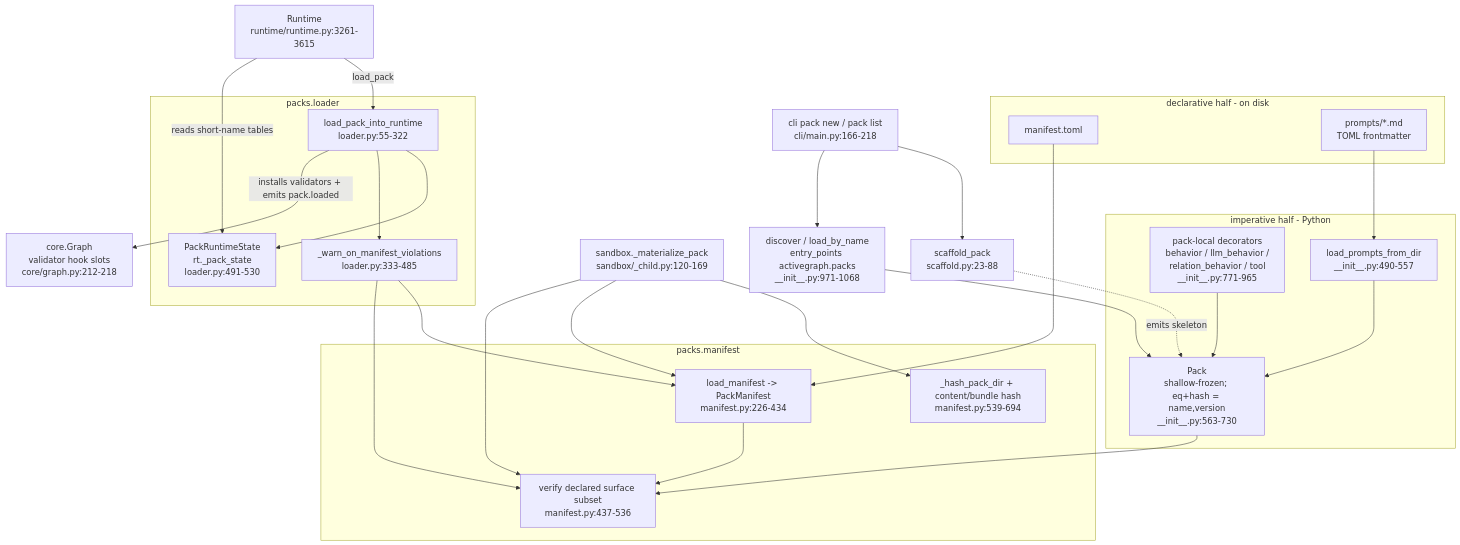
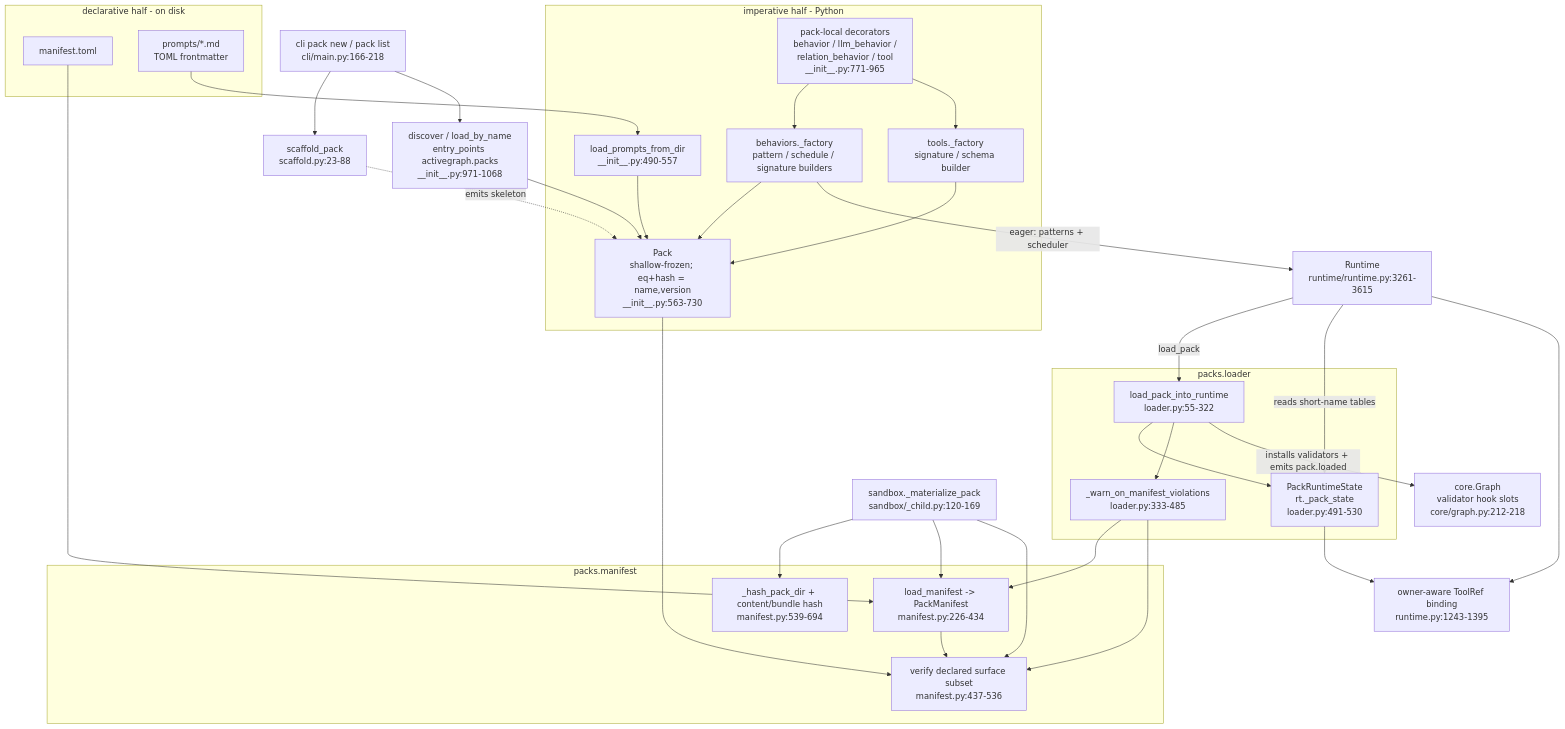
One commit to tha-hammer/silmari-activegraph changed the first of 2 diagrams in specs/07-packs.md. Above: the diagram before and after it, drawn with Mermaid. The commit also changed other lines of this file, not shown here.

Commit message:
docs(specs): reconcile pack extension boundaries

````diff
--- a/specs/07-packs.md
+++ b/specs/07-packs.md
@@ -22,56 +23,65 @@
 ```mermaid
 graph TD
     subgraph declarative["declarative half - on disk"]
         MT["manifest.toml"]
         PMD["prompts/*.md<br/>TOML frontmatter"]
     end
 
     subgraph imperative["imperative half - Python"]
         DEC["pack-local decorators<br/>behavior / llm_behavior /<br/>relation_behavior / tool<br/>__init__.py:771-965"]
+        BF["behaviors._factory<br/>pattern / schedule / signature builders"]
+        TF["tools._factory<br/>signature / schema builder"]
         LPD["load_prompts_from_dir<br/>__init__.py:490-557"]
         PACK["Pack<br/>shallow-frozen; eq+hash = name,version<br/>__init__.py:563-730"]
     end
 
     subgraph manifest_layer["packs.manifest"]
         LM["load_manifest -> PackManifest<br/>manifest.py:226-434"]
         VS["verify declared surface subset<br/>manifest.py:437-536"]
         HASH["_hash_pack_dir + content/bundle hash<br/>manifest.py:539-694"]
     end
 
     subgraph loader_layer["packs.loader"]
         LPIR["load_pack_into_runtime<br/>loader.py:55-322"]
         PRS["PackRuntimeState<br/>rt._pack_state<br/>loader.py:491-530"]
         WARN["_warn_on_manifest_violations<br/>loader.py:333-485"]
     end
 
     DISC["discover / load_by_name<br/>entry_points activegraph.packs<br/>__init__.py:971-1068"]
     SCAF["scaffold_pack<br/>scaffold.py:23-88"]
 
     RT["Runtime<br/>runtime/runtime.py:3261-3615"]
+    BIND["owner-aware ToolRef binding<br/>runtime.py:1243-1395"]
     GR["core.Graph<br/>validator hook slots<br/>core/graph.py:212-218"]
     SB["sandbox._materialize_pack<br/>sandbox/_child.py:120-169"]
     CLI["cli pack new / pack list<br/>cli/main.py:166-218"]
 
-    DEC --> PACK
+    DEC --> BF
+    DEC --> TF
+    BF --> PACK
+    TF --> PACK
     LPD --> PACK
     PMD --> LPD
     MT --> LM
     LM --> VS
     PACK --> VS
     DISC --> PACK
     SCAF -.emits skeleton.-> PACK
 
     RT -->|load_pack| LPIR
+    BF -->|eager: patterns + scheduler| RT
     LPIR --> PRS
     LPIR --> WARN
     WARN --> LM
     WARN --> VS
     LPIR -->|installs validators + emits pack.loaded| GR
     RT -->|reads short-name tables| PRS
+    RT --> BIND
+    PRS --> BIND
 
     SB --> HASH
     SB --> LM
     SB --> VS
     CLI --> SCAF
     CLI --> DISC
 ```
````
